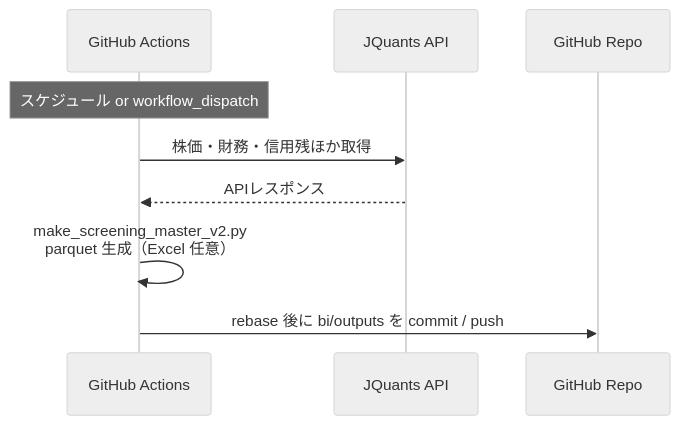
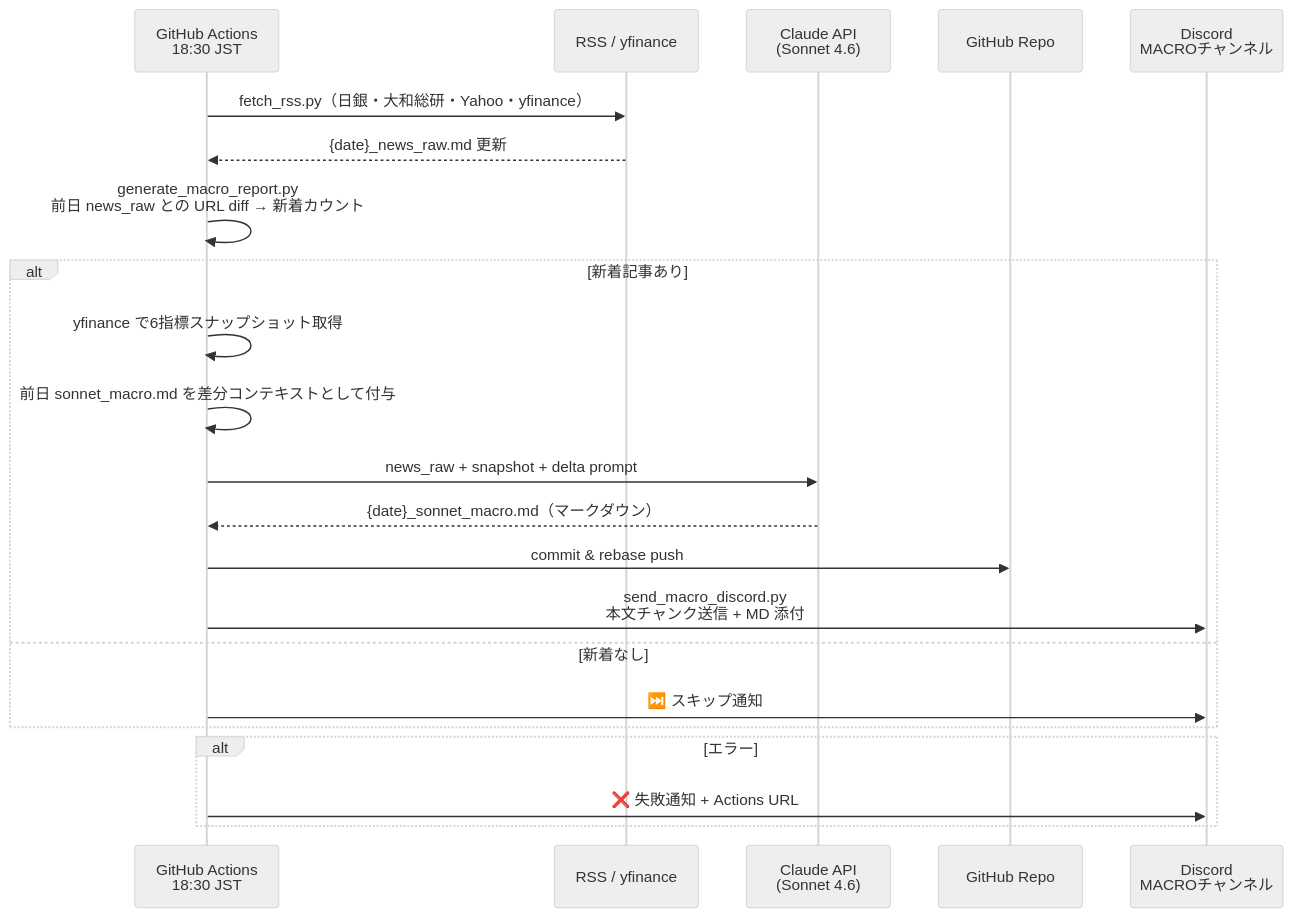
The second of 3 diagrams in dev/system_overview_for_review.md (mzinvestment1105/mizuki-fund), drawn with Mermaid (neutral theme) before and after one commit. The commit also changed other lines of this file, not shown here.

````diff
--- a/dev/system_overview_for_review.md
+++ b/dev/system_overview_for_review.md
@@ -83,12 +100,28 @@
 ```mermaid
 sequenceDiagram
-    participant GA as GitHub Actions
-    participant JQ as JQuants API
+    participant GA as GitHub Actions<br/>18:30 JST
+    participant RSS as RSS / yfinance
+    participant CL as Claude API<br/>(Sonnet 4.6)
     participant GH as GitHub Repo
+    participant DC as Discord<br/>MACROチャンネル
 
-    Note over GA: スケジュール or workflow_dispatch
-    GA->>JQ: 株価・財務・信用残ほか取得
-    JQ-->>GA: APIレスポンス
-    GA->>GA: make_screening_master_v2.py<br/>parquet 生成（Excel 任意）
-    GA->>GH: rebase 後に bi/outputs を commit / push
+    GA->>RSS: fetch_rss.py（日銀・大和総研・Yahoo・yfinance）
+    RSS-->>GA: {date}_news_raw.md 更新
+
+    GA->>GA: generate_macro_report.py<br/>前日 news_raw との URL diff → 新着カウント
+
+    alt 新着記事あり
+        GA->>GA: yfinance で6指標スナップショット取得
+        GA->>GA: 前日 sonnet_macro.md を差分コンテキストとして付与
+        GA->>CL: news_raw + snapshot + delta prompt
+        CL-->>GA: {date}_sonnet_macro.md（マークダウン）
+        GA->>GH: commit & rebase push
+        GA->>DC: send_macro_discord.py<br/>本文チャンク送信 + MD 添付
+    else 新着なし
+        GA->>DC: ⏭️ スキップ通知
+    end
+
+    alt エラー
+        GA->>DC: ❌ 失敗通知 + Actions URL
+    end
 ```
````
